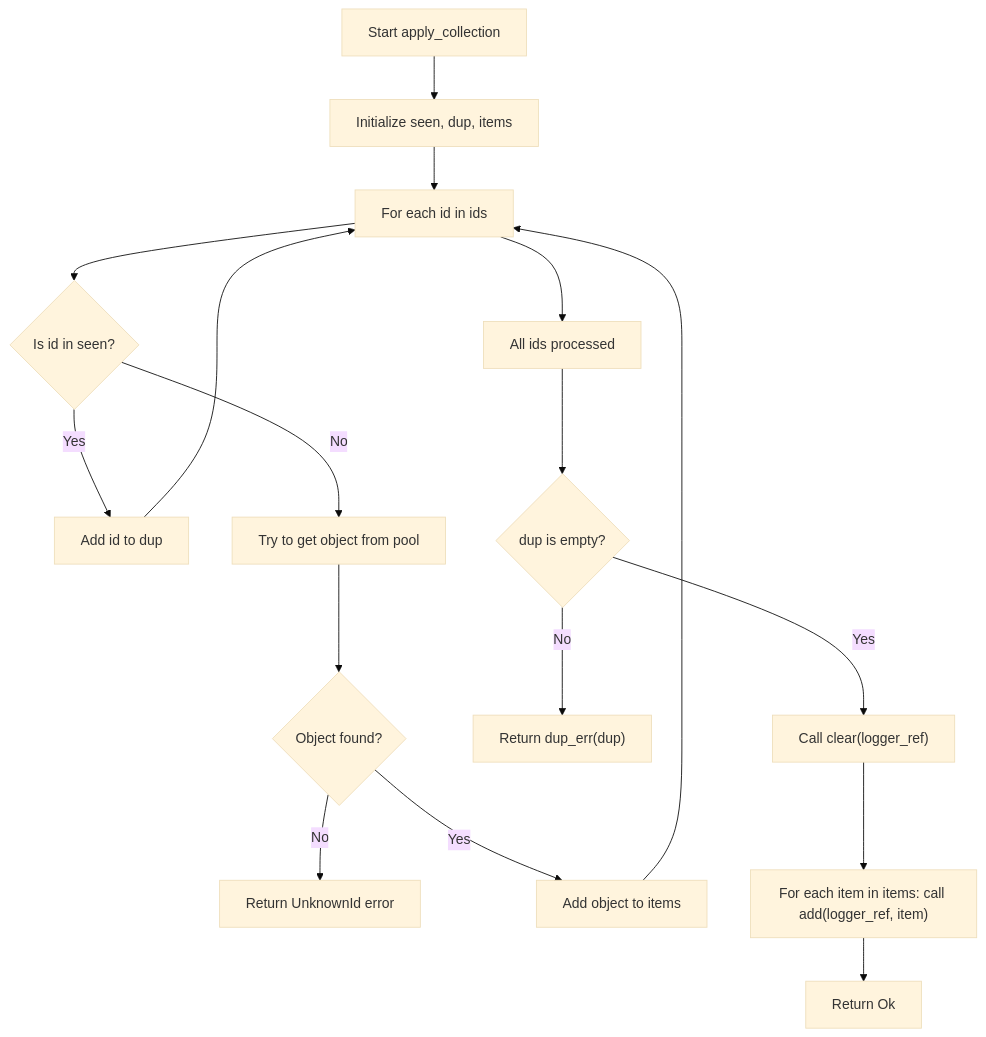
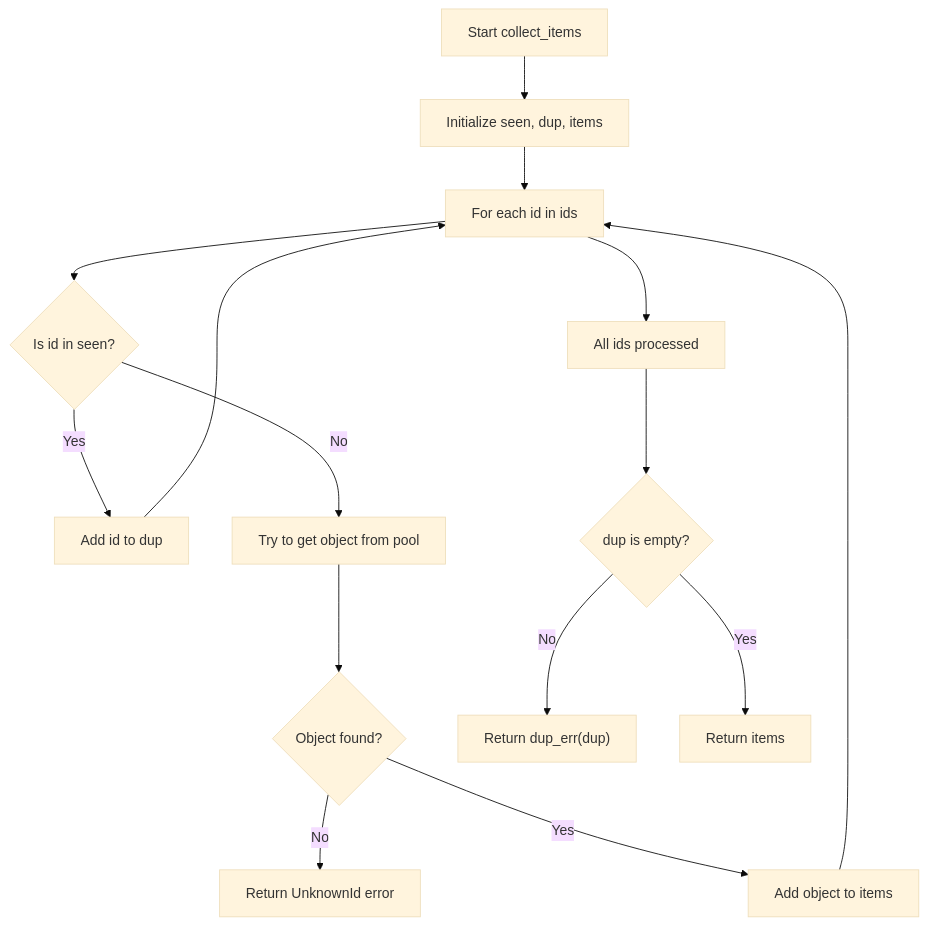
The fifth of 5 diagrams in docs/configuration-design.md (leynos/femtologging), drawn with Mermaid (base theme) before and after one commit. The commit also changed other lines of this file and 1 other file, not shown here.

Commit message:
Refactor logger setup with collect_items helper

````diff
--- a/docs/configuration-design.md
+++ b/docs/configuration-design.md
@@ -672,19 +672,17 @@
 ```mermaid
 flowchart TD
-    A["Start apply_collection"] --> B["Initialize seen, dup, items"]
+    A["Start collect_items"] --> B["Initialize seen, dup, items"]
     B --> C["For each id in ids"]
     C --> D{Is id in seen?}
     D -- Yes --> E["Add id to dup"]
     D -- No --> F["Try to get object from pool"]
     F --> G{Object found?}
     G -- No --> H["Return UnknownId error"]
     G -- Yes --> I["Add object to items"]
     E --> C
     I --> C
     C --> J["All ids processed"]
     J --> K{dup is empty?}
     K -- No --> L["Return dup_err(dup)"]
-    K -- Yes --> M["Call clear(logger_ref)"]
-    M --> N["For each item in items: call add(logger_ref, item)"]
-    N --> O["Return Ok"]
+    K -- Yes --> M["Return items"]
 ```
````
